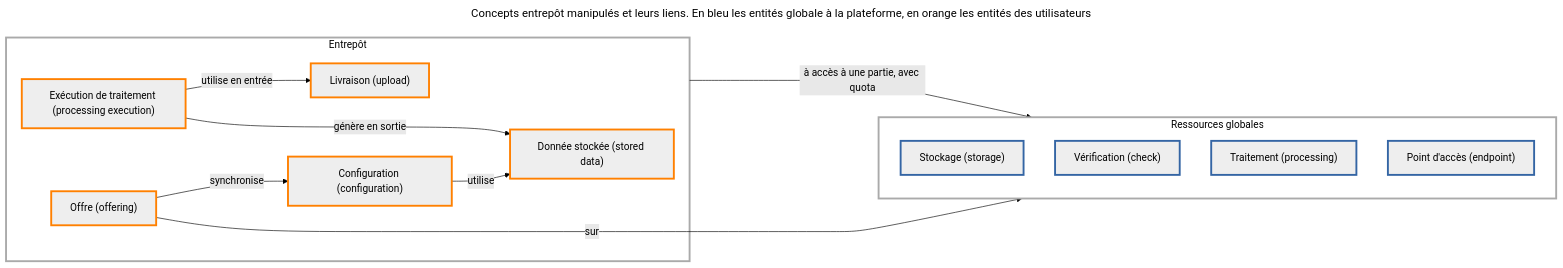
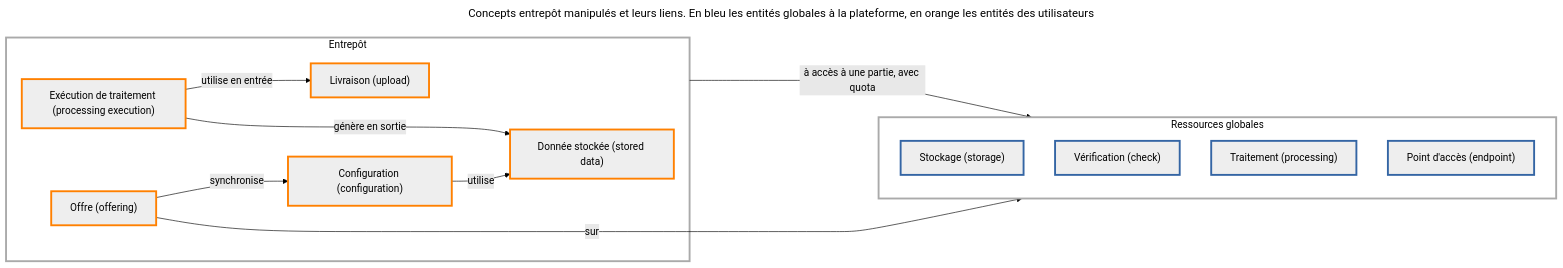
One commit to IGNF/cartes.gouv.fr-documentation changed the second of 2 diagrams in content/fr/guides-developpeur/tutoriels/gestion-des-donnees-raster/alimentation-diffusion-raster.md. Above: the diagram before and after it, drawn with Mermaid (forest theme). The commit also changed other lines of this file and 21 other files, not shown here.

````diff
--- a/content/fr/guides-developpeur/tutoriels/gestion-des-donnees-raster/alimentation-diffusion-raster.md
+++ b/content/fr/guides-developpeur/tutoriels/gestion-des-donnees-raster/alimentation-diffusion-raster.md
@@ -66,47 +64,47 @@
 ```mermaid
 ---
-title: Concepts entrepôt manipulés et leurs liens. En bleu les entités globale à la plateforme, en orange les entités des utilisateurs
+title: Concepts entrepôt manipulés et leurs liens. En bleu les entités globales à la plateforme, en orange les entités des utilisateurs
 ---
 flowchart LR
 
 	subgraph glo[Ressources globales]
 
     direction TB
 
         sto["Stockage (storage)"]
         chec["Vérification (check)"]
         proc["Traitement (processing)"]
         endp["Point d'accès (endpoint)"]
     end
     
 	subgraph dat[Entrepôt]
         upl["Livraison (upload)"]
         exe["Exécution de traitement (processing execution)"]
         sd["Donnée stockée (stored data)"]
         con["Configuration (configuration)"]
         off["Offre (offering)"]
 	end
 
     dat -- à accès à une partie, avec quota ----> glo
 
     exe -- utilise en entrée --> upl
     exe -- génère en sortie --> sd
     con -- utilise --> sd
     off -- synchronise --> con
     off -- sur --> endp
 
     classDef group fill:#fff,stroke:#aaa,stroke-width:3px,color:#000;
     classDef indiv fill:#eee,stroke:#ff8000,stroke-width:3px,color:#000;
 	classDef global fill:#eee,stroke:#3465a4,stroke-width:3px,color:#000;
 
     class dat,glo group
     class upl,sd,exe,con,off indiv
     class sto,chec,proc,endp global
     
     linkStyle 0 color:#000
     linkStyle 1 color:#000
     linkStyle 2 color:#000
     linkStyle 3 color:#000
     linkStyle 4 color:#000
     linkStyle 5 color:#000
 ```
````
